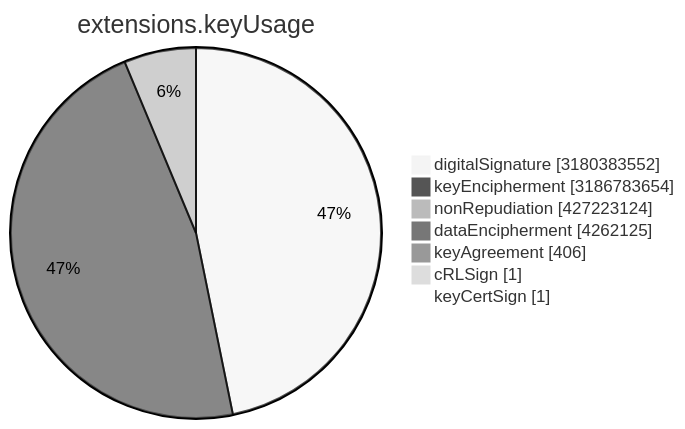
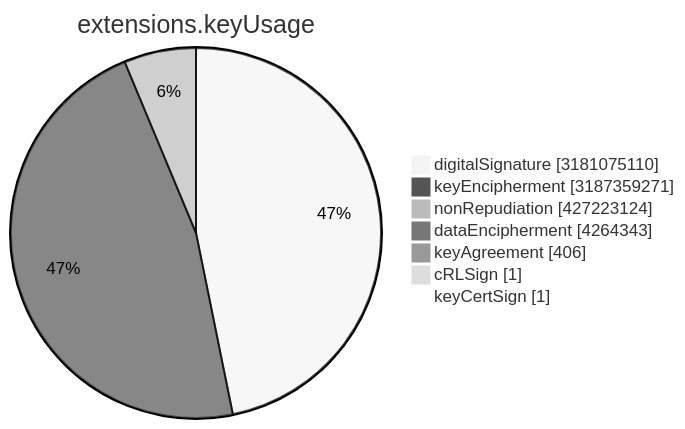
Before and after one commit to christiankrug/ctmonitor_visualization: the sixth of 15 diagrams in TOTAL/README.md, drawn with Mermaid (neutral theme). The commit also changed other lines of this file, not shown here.

````diff
--- a/TOTAL/README.md
+++ b/TOTAL/README.md
@@ -3077,11 +3077,11 @@
 ```mermaid
 pie showData
 title extensions.keyUsage
-"digitalSignature" :3180383552
-"keyEncipherment" :3186783654
+"digitalSignature" :3181075110
+"keyEncipherment" :3187359271
 "nonRepudiation" :427223124
-"dataEncipherment" :4262125
+"dataEncipherment" :4264343
 "keyAgreement" :406
 "cRLSign" :1
 "keyCertSign" :1
 ```
````
